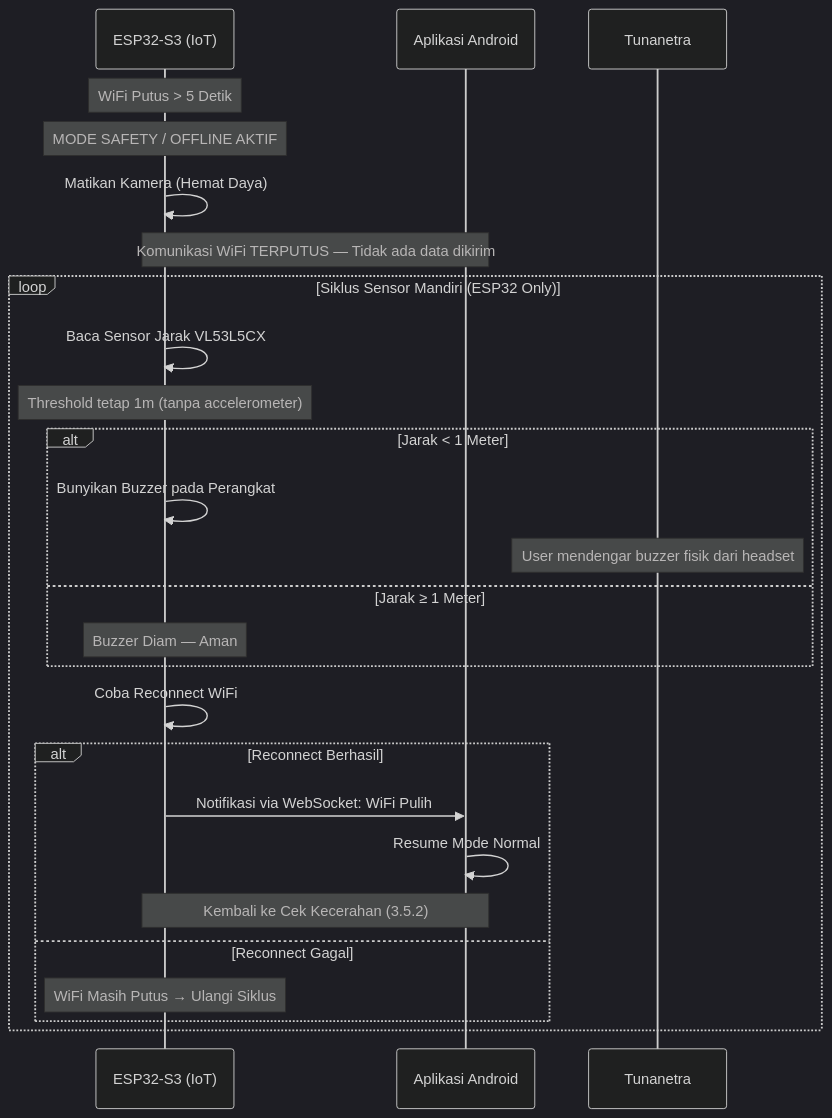
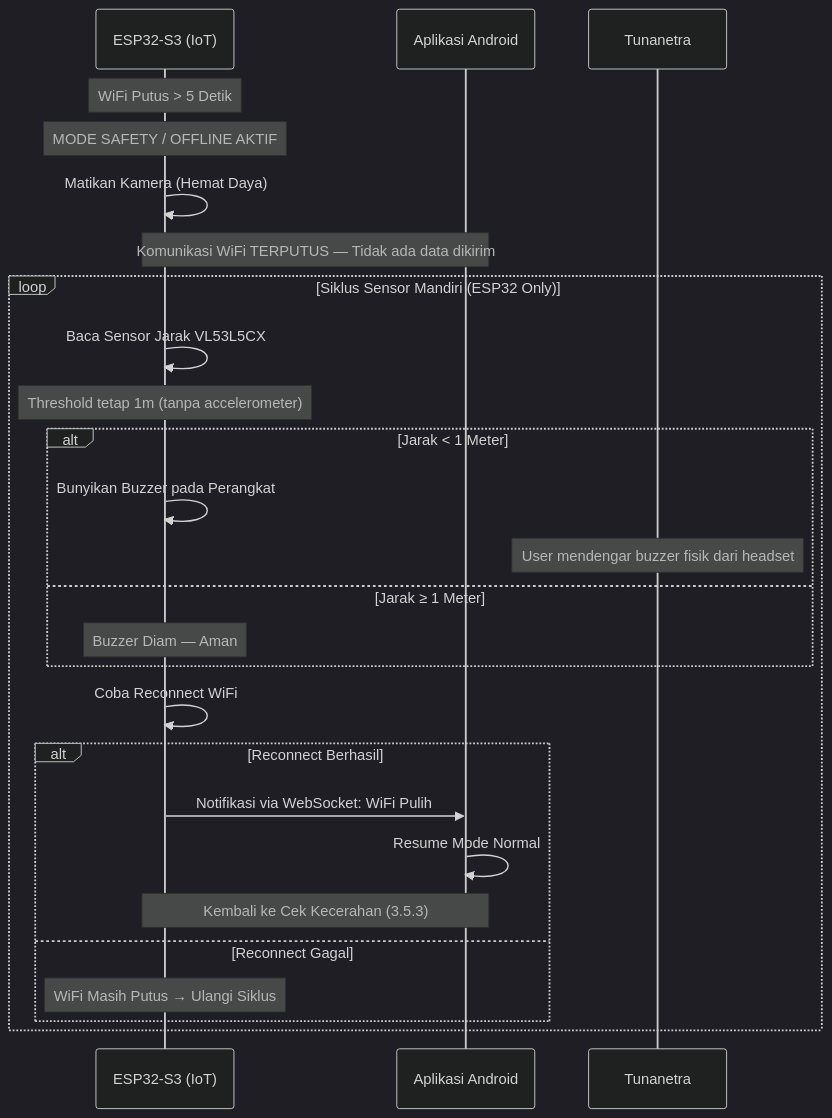
Before and after one commit to aan-andiyanaS/draf: the ninth of 10 diagrams in sequence-diagram.md, drawn with Mermaid (dark theme). The commit also changed other lines of this file and 7 other files, not shown here.

Commit message:
edit all and add perangcangan diagram

````diff
--- a/sequence-diagram.md
+++ b/sequence-diagram.md
@@ -582,33 +582,33 @@
 ```mermaid
 sequenceDiagram
     participant IoT as ESP32-S3 (IoT)
     participant App as Aplikasi Android
     participant TN as Tunanetra
 
     Note over IoT: WiFi Putus > 5 Detik
     Note over IoT: MODE SAFETY / OFFLINE AKTIF
 
     IoT->>IoT: Matikan Kamera (Hemat Daya)
     Note over IoT, App: Komunikasi WiFi TERPUTUS — Tidak ada data dikirim
 
     loop Siklus Sensor Mandiri (ESP32 Only)
         IoT->>IoT: Baca Sensor Jarak VL53L5CX
         Note over IoT: Threshold tetap 1m (tanpa accelerometer)
 
         alt Jarak < 1 Meter
             IoT->>IoT: Bunyikan Buzzer pada Perangkat
             Note over TN: User mendengar buzzer fisik dari headset
         else Jarak ≥ 1 Meter
             Note over IoT: Buzzer Diam — Aman
         end
 
         IoT->>IoT: Coba Reconnect WiFi
         alt Reconnect Berhasil
             IoT->>App: Notifikasi via WebSocket: WiFi Pulih
             App->>App: Resume Mode Normal
-            Note over IoT, App: Kembali ke Cek Kecerahan (3.5.2)
+            Note over IoT, App: Kembali ke Cek Kecerahan (3.5.3)
         else Reconnect Gagal
             Note over IoT: WiFi Masih Putus → Ulangi Siklus
         end
     end
 ```
````
